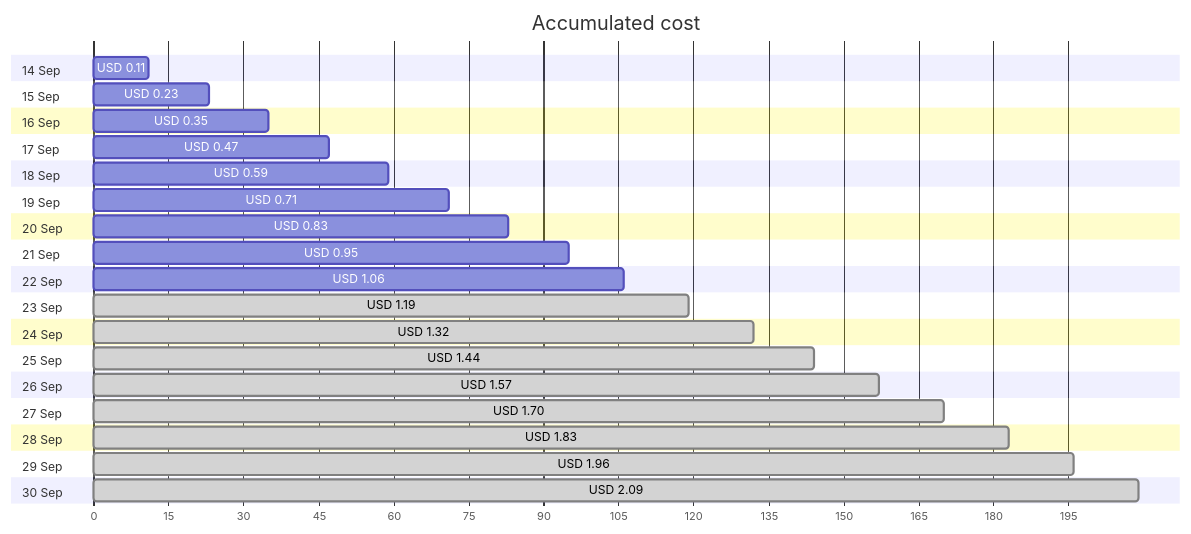
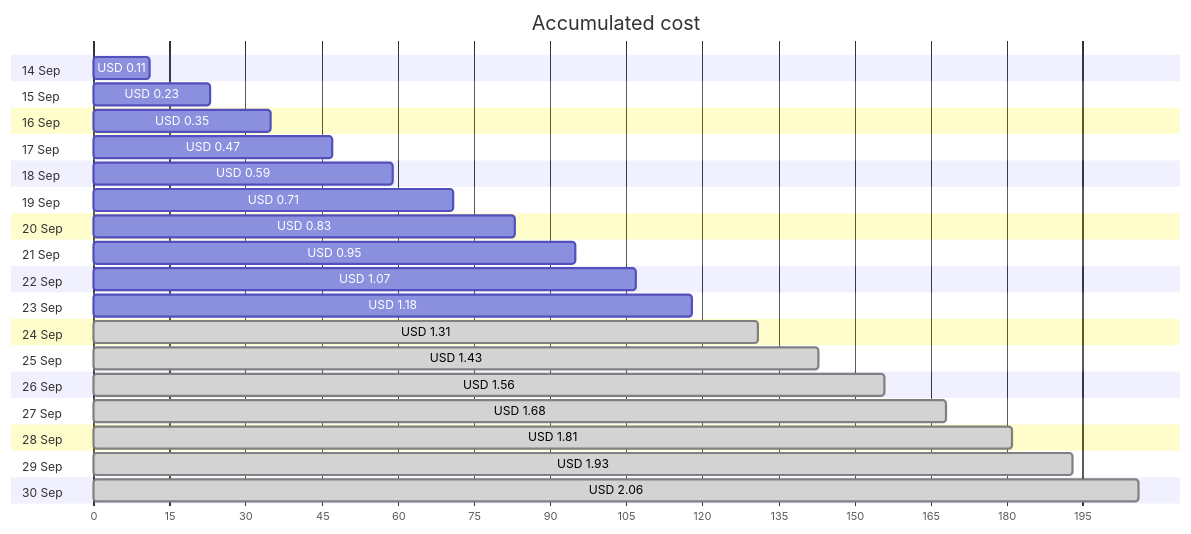
One commit to jpfulton/azure-personal-reports changed the first of 4 diagrams in cost-reports/personal-network/backup-server-public-ip.md. Above: the diagram before and after it, drawn with Mermaid. The commit also changed other lines of this file and 9 other files, not shown here.

````diff
--- a/cost-reports/personal-network/backup-server-public-ip.md
+++ b/cost-reports/personal-network/backup-server-public-ip.md
@@ -20,40 +20,40 @@
 ```mermaid
 gantt
    title Accumulated cost
    dateFormat  X
    axisFormat %s
    section 14 Sep
    USD 0.11 :0, 11
    section 15 Sep
    USD 0.23 :0, 23
    section 16 Sep
    USD 0.35 :0, 35
    section 17 Sep
    USD 0.47 :0, 47
    section 18 Sep
    USD 0.59 :0, 59
    section 19 Sep
    USD 0.71 :0, 71
    section 20 Sep
    USD 0.83 :0, 83
    section 21 Sep
    USD 0.95 :0, 95
    section 22 Sep
-   USD 1.06 :0, 106
+   USD 1.07 :0, 107
    section 23 Sep
-   USD 1.19 : done, 0, 119
+   USD 1.18 :0, 118
    section 24 Sep
-   USD 1.32 : done, 0, 132
+   USD 1.31 : done, 0, 131
    section 25 Sep
-   USD 1.44 : done, 0, 144
+   USD 1.43 : done, 0, 143
    section 26 Sep
-   USD 1.57 : done, 0, 157
+   USD 1.56 : done, 0, 156
    section 27 Sep
-   USD 1.70 : done, 0, 170
+   USD 1.68 : done, 0, 168
    section 28 Sep
-   USD 1.83 : done, 0, 183
+   USD 1.81 : done, 0, 181
    section 29 Sep
-   USD 1.96 : done, 0, 196
+   USD 1.93 : done, 0, 193
    section 30 Sep
-   USD 2.09 : done, 0, 209
+   USD 2.06 : done, 0, 206
 ```
````
